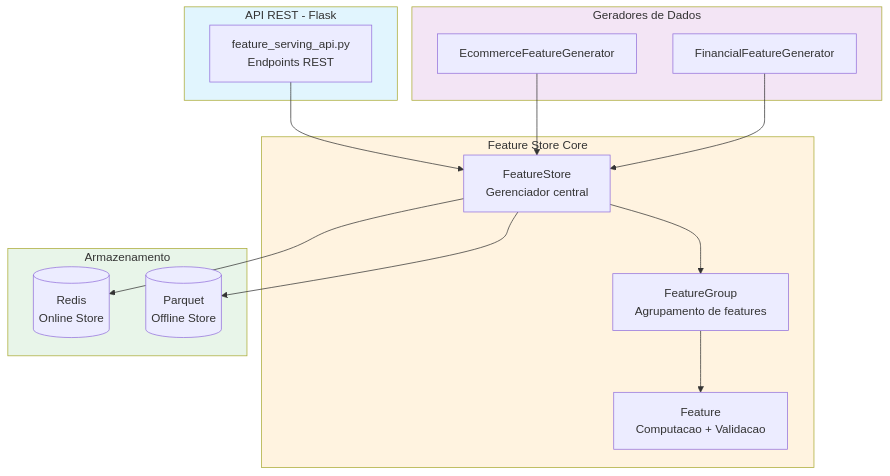
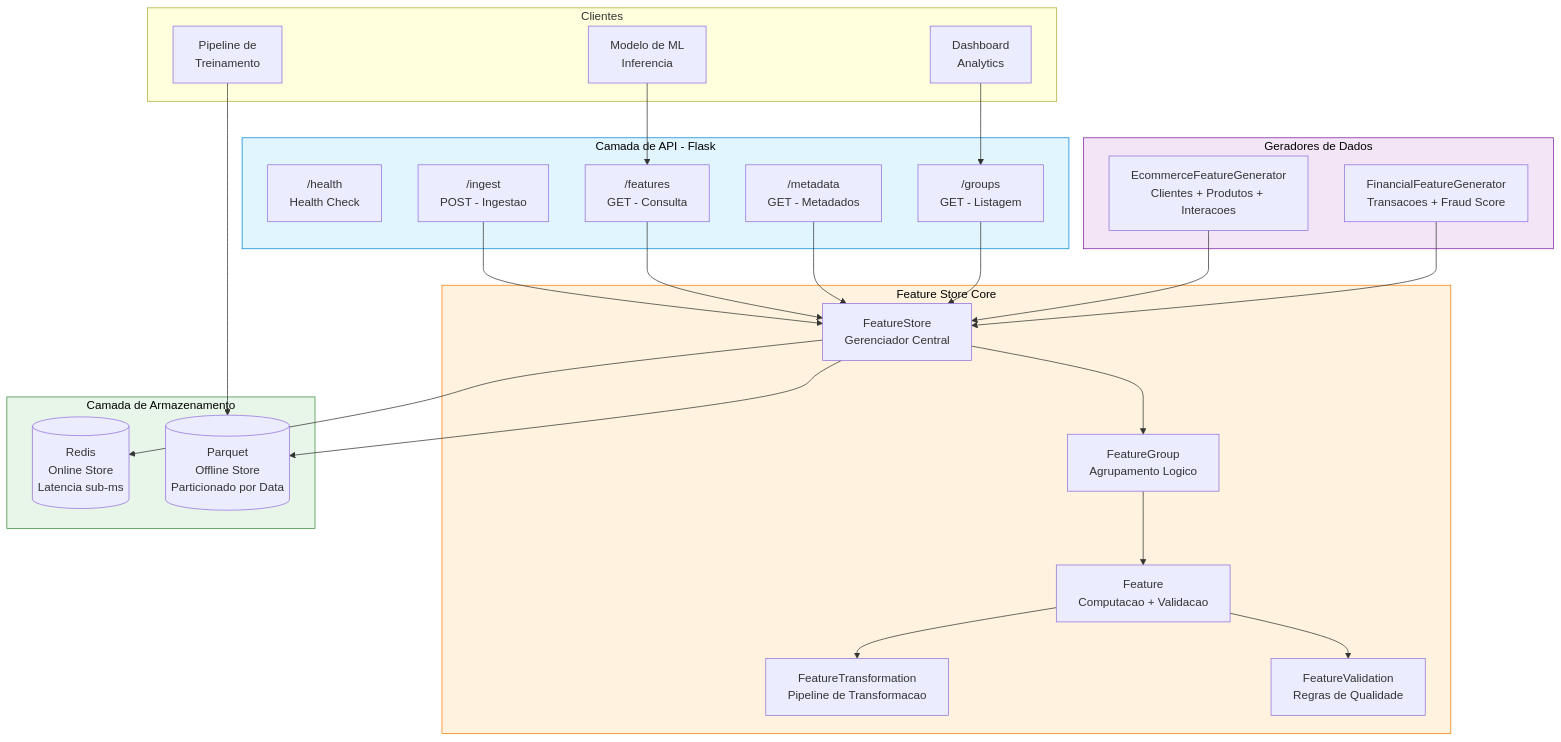
The first of 4 diagrams in README.md (galafis/feature-store-architecture), drawn with Mermaid before and after one commit. The commit also changed other lines of this file and 3 other files, not shown here.

````diff
--- a/README.md
+++ b/README.md
@@ -21,35 +48,54 @@
 ```mermaid
-graph TB
-    subgraph API["API REST - Flask"]
-        SERVE[feature_serving_api.py<br/>Endpoints REST]
+graph TD
+    subgraph Clients["Clientes"]
+        ML["Modelo de ML<br/>Inferencia"]
+        TRAIN["Pipeline de<br/>Treinamento"]
+        DASH["Dashboard<br/>Analytics"]
+    end
+
+    subgraph API["Camada de API - Flask"]
+        style API fill:#e1f5fe,stroke:#0288d1,color:#000
+        HEALTH["/health<br/>Health Check"]
+        INGEST["/ingest<br/>POST - Ingestao"]
+        QUERY["/features<br/>GET - Consulta"]
+        META["/metadata<br/>GET - Metadados"]
+        GROUPS["/groups<br/>GET - Listagem"]
     end
 
     subgraph Core["Feature Store Core"]
-        FS[FeatureStore<br/>Gerenciador central]
-        FG[FeatureGroup<br/>Agrupamento de features]
-        FT[Feature<br/>Computacao + Validacao]
+        style Core fill:#fff3e0,stroke:#f57c00,color:#000
+        FS["FeatureStore<br/>Gerenciador Central"]
+        FG["FeatureGroup<br/>Agrupamento Logico"]
+        FEAT["Feature<br/>Computacao + Validacao"]
+        TRANS["FeatureTransformation<br/>Pipeline de Transformacao"]
+        VALID["FeatureValidation<br/>Regras de Qualidade"]
     end
 
-    subgraph Storage["Armazenamento"]
-        REDIS[(Redis<br/>Online Store)]
-        PARQUET[(Parquet<br/>Offline Store)]
+    subgraph Storage["Camada de Armazenamento"]
+        style Storage fill:#e8f5e9,stroke:#388e3c,color:#000
+        REDIS[("Redis<br/>Online Store<br/>Latencia sub-ms")]
+        PARQUET[("Parquet<br/>Offline Store<br/>Particionado por Data")]
     end
 
-    subgraph Examples["Geradores de Dados"]
-        ECOM[EcommerceFeatureGenerator]
-        FIN[FinancialFeatureGenerator]
+    subgraph Generators["Geradores de Dados"]
+        style Generators fill:#f3e5f5,stroke:#7b1fa2,color:#000
+        ECOM["EcommerceFeatureGenerator<br/>Clientes + Produtos + Interacoes"]
+        FIN["FinancialFeatureGenerator<br/>Transacoes + Fraud Score"]
     end
 
-    SERVE --> FS
+    ML --> QUERY
+    TRAIN --> PARQUET
+    DASH --> GROUPS
+    INGEST --> FS
+    QUERY --> FS
+    META --> FS
+    GROUPS --> FS
     FS --> FG
-    FG --> FT
+    FG --> FEAT
+    FEAT --> TRANS
+    FEAT --> VALID
     FS --> REDIS
     FS --> PARQUET
     ECOM --> FS
     FIN --> FS
-
-    style API fill:#e1f5fe
-    style Core fill:#fff3e0
-    style Storage fill:#e8f5e9
-    style Examples fill:#f3e5f5
 ```
````
